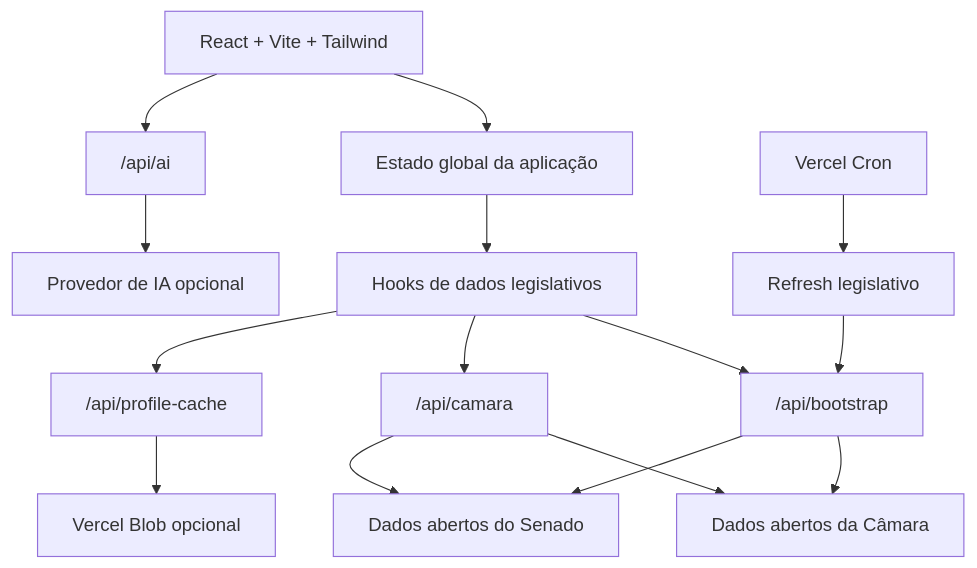
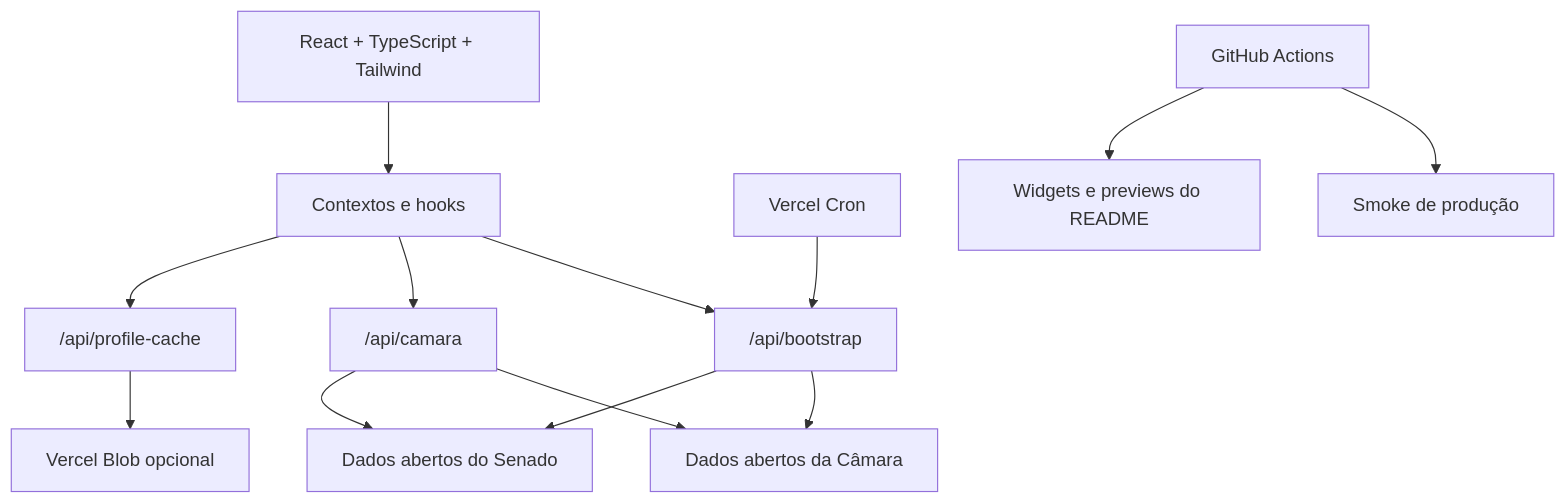
The second of 2 diagrams in README.md (Chrisllan02/Papo-Reto), drawn with Mermaid before and after one commit. The commit also changed other lines of this file and 12 other files, not shown here.

````diff
--- a/README.md
+++ b/README.md
@@ -56,17 +105,15 @@
 ```mermaid
 flowchart TB
-  UI["React + Vite + Tailwind"] --> CTX["Estado global da aplicação"]
-  CTX --> HOOK["Hooks de dados legislativos"]
-  HOOK --> BOOT["/api/bootstrap"]
-  HOOK --> PROXY["/api/camara"]
-  HOOK --> CACHE["/api/profile-cache"]
-  UI --> AI["/api/ai"]
-  CRON["Vercel Cron"] --> JOB["Refresh legislativo"]
-  JOB --> BOOT
+  UI["React + TypeScript + Tailwind"] --> STATE["Contextos e hooks"]
+  STATE --> BOOT["/api/bootstrap"]
+  STATE --> PROXY["/api/camara"]
+  STATE --> CACHE["/api/profile-cache"]
   BOOT --> CAMARA["Dados abertos da Câmara"]
   BOOT --> SENADO["Dados abertos do Senado"]
   PROXY --> CAMARA
   PROXY --> SENADO
   CACHE --> BLOB["Vercel Blob opcional"]
-  AI --> PROVIDER["Provedor de IA opcional"]
+  CRON["Vercel Cron"] --> BOOT
+  ACTIONS["GitHub Actions"] --> PROD["Smoke de produção"]
+  ACTIONS --> README["Widgets e previews do README"]
 ```
````
